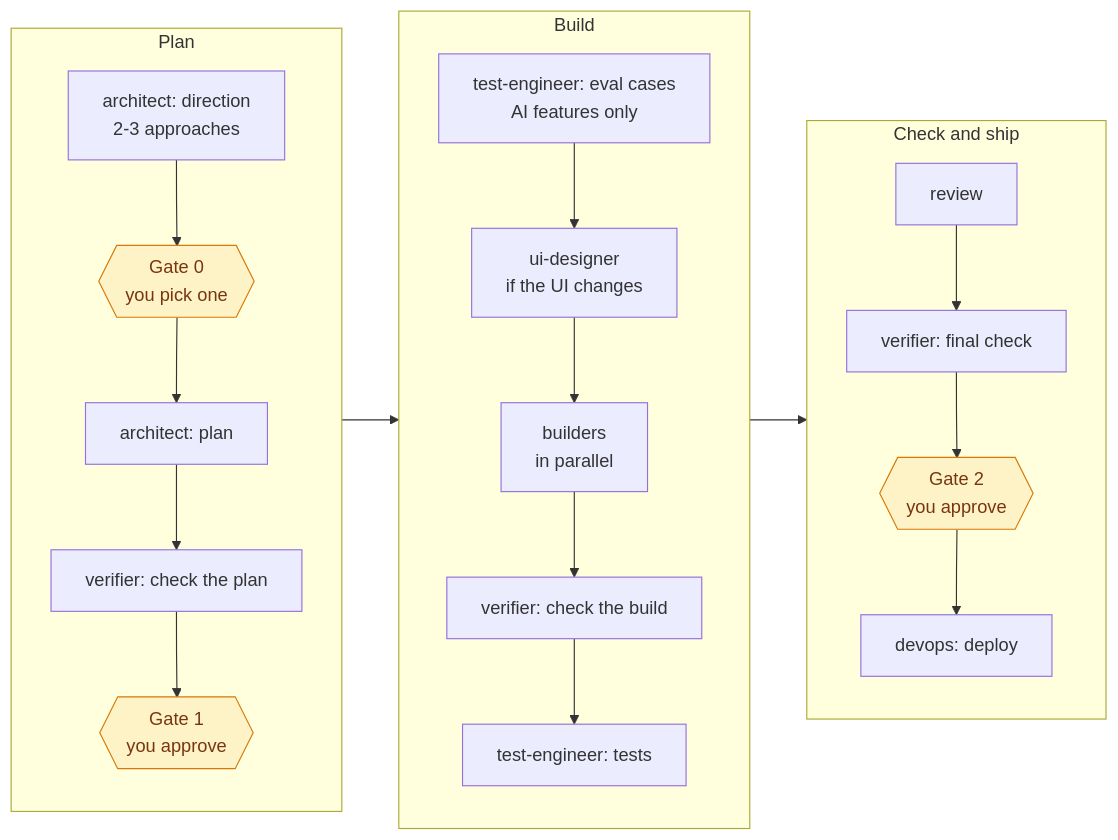
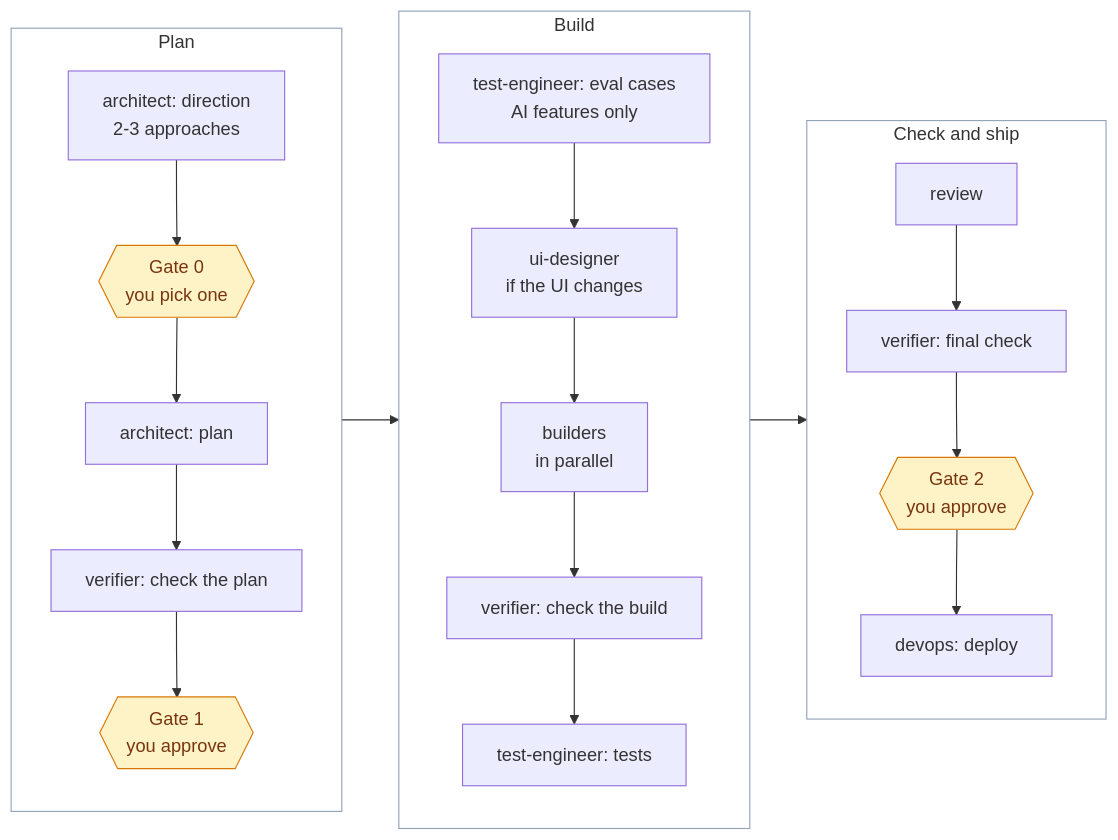
The first of 6 diagrams in docs/flows.md (suryas91/claude-skills), drawn with Mermaid before and after one commit. The commit also changed other lines of this file and 19 other files, not shown here.

First line of the commit message:
Docs review round 2: complete undo, accurate history, installer robustness, cleaner diagrams

````diff
--- a/docs/flows.md
+++ b/docs/flows.md
@@ -45,18 +40,21 @@
 ```mermaid
 flowchart LR
     subgraph P [Plan]
         direction TB
         A1[architect: direction<br/>2-3 approaches] --> G0{{Gate 0<br/>you pick one}} --> A2[architect: plan] --> V1[verifier: check the plan] --> G1{{Gate 1<br/>you approve}}
     end
     subgraph B [Build]
         direction TB
         E[test-engineer: eval cases<br/>AI features only] --> D[ui-designer<br/>if the UI changes] --> X[builders<br/>in parallel] --> V2[verifier: check the build] --> T[test-engineer: tests]
     end
     subgraph K [Check and ship]
         direction TB
         R[review] --> F[verifier: final check] --> G2{{Gate 2<br/>you approve}} --> O[devops: deploy]
     end
     P --> B --> K
+    style P fill:transparent,stroke:#94a3b8
+    style B fill:transparent,stroke:#94a3b8
+    style K fill:transparent,stroke:#94a3b8
     classDef gate fill:#fef3c7,stroke:#d97706,color:#78350f
     class G0,G1,G2 gate
 ```
````
